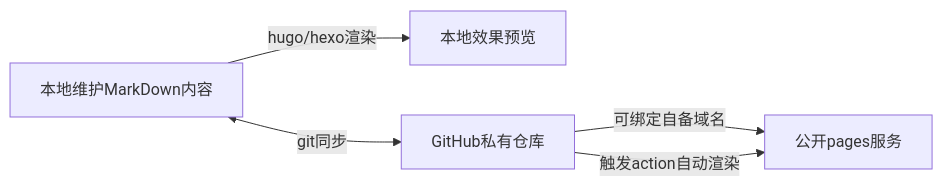
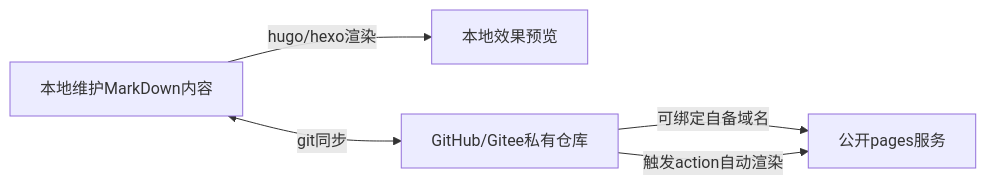
The first of 4 diagrams in source/_posts/guide/how-to-build-site-2.md (828767/action-hexo), drawn with Mermaid before and after one commit. The commit also changed other lines of this file and 2 other files, not shown here.

````diff
--- a/source/_posts/guide/how-to-build-site-2.md
+++ b/source/_posts/guide/how-to-build-site-2.md
@@ -16,6 +16,6 @@
 ```mermaid
  flowchart LR;
    本地维护MarkDown内容 -- hugo/hexo渲染 -->本地效果预览
-   GitHub私有仓库 -- 可绑定自备域名 --> 公开pages服务
-   本地维护MarkDown内容 <-- git同步 --> GitHub私有仓库 -- 触发action自动渲染 --> 公开pages服务
+   GitHub/Gitee私有仓库 -- 可绑定自备域名 --> 公开pages服务
+   本地维护MarkDown内容 <-- git同步 --> GitHub/Gitee私有仓库 -- 触发action自动渲染 --> 公开pages服务
 ```
````
